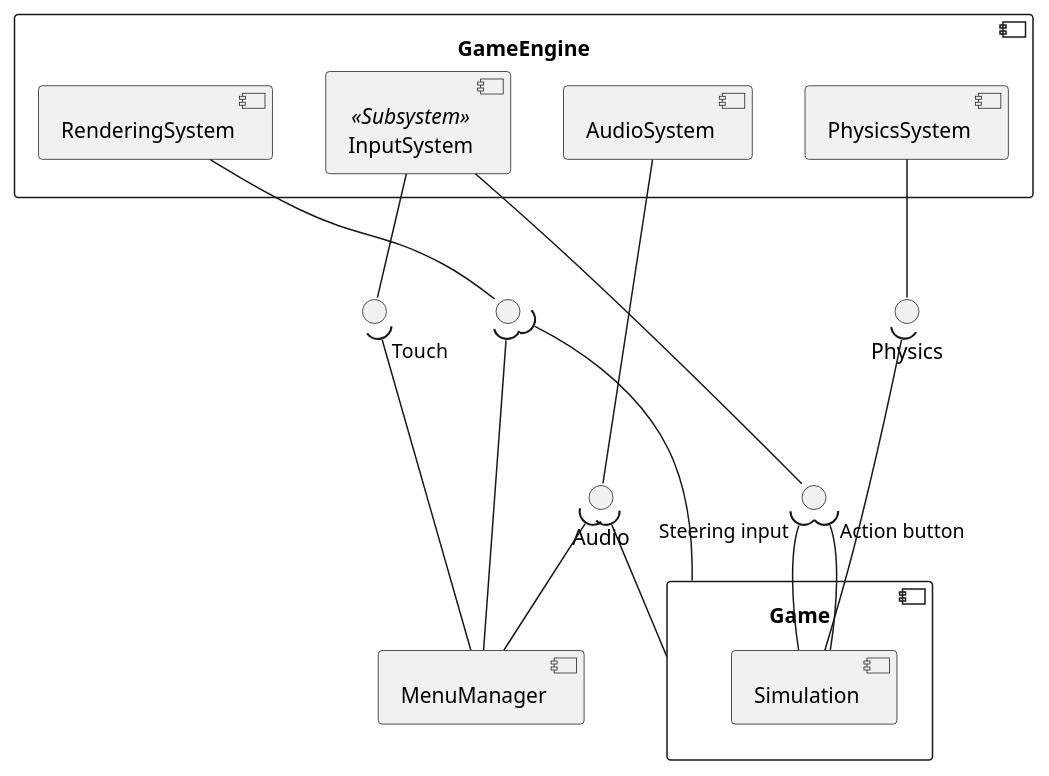
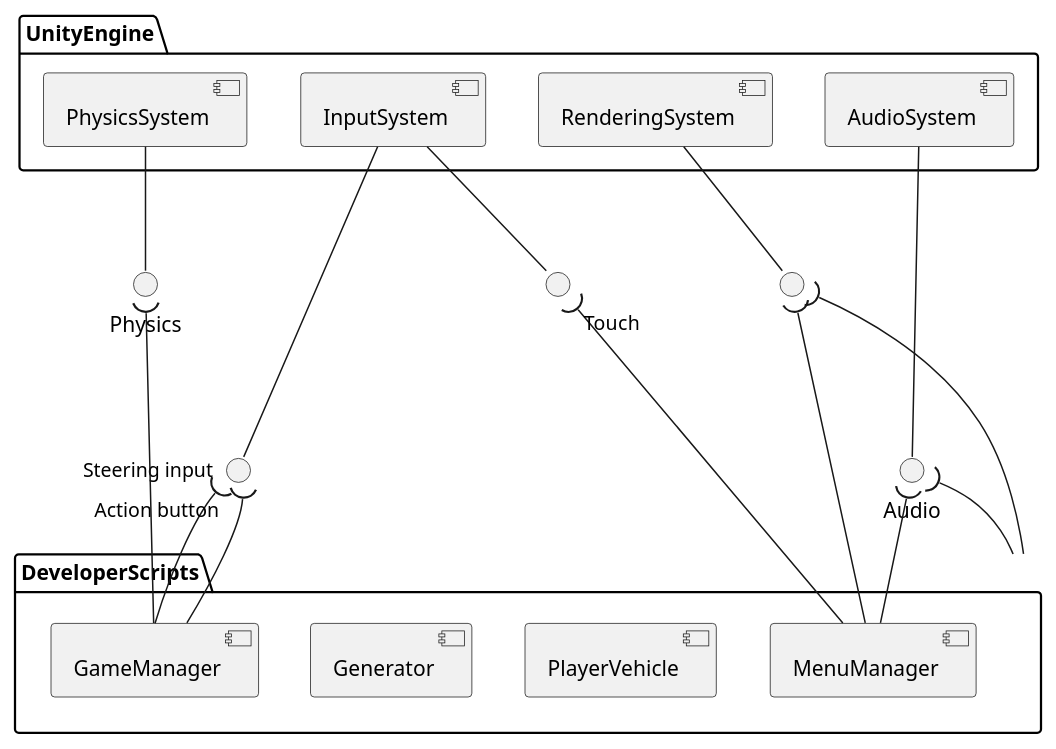
One commit to CKTA00/Robbery_Rush_UML changed the diagram in UML/component diagram.puml. Above: the diagram before and after it, drawn with PlantUML.

Commit message:
Changed subsystems to packages, added generator

```diff
--- a/UML/component diagram.puml
+++ b/UML/component diagram.puml
@@ -1,63 +1,66 @@
 @startuml
 
 
-component Game{
-    component Simulation{
+package DeveloperScripts{
+    component GameManager{
+    }
+
+    component PlayerVehicle{
+    }
+
+    component Generator{
+    }
+
+    component MenuManager {
+
     }
 }
 
 
-component MenuManager {
-
-}
 
 
-component GameEngine{
-    component InputSystem <<Subsystem>>{
+
+package UnityEngine{
+    component InputSystem {
 
     }
     component RenderingSystem{
 
     }
 
     component AudioSystem{
-
     }
 
     component PhysicsSystem{
     }
 }
 
 
 () VehicleInput as " "
 () MenuInput as " "
 () Rendering as " "
 () Physics
 () Audio
 
 
 InputSystem -- VehicleInput
 InputSystem -- MenuInput
 
-VehicleInput "Steering input")-- Simulation
-VehicleInput "Action button")-- Simulation
+VehicleInput "Steering input")-- GameManager
+VehicleInput "Action button")-- GameManager
 MenuInput "Touch")-- MenuManager
 
 RenderingSystem -- Rendering
 
-Rendering )--- Game
+Rendering )--- DeveloperScripts
 Rendering )--- MenuManager
 
 AudioSystem -- Audio
 
-Audio )-- Game
+Audio )-- DeveloperScripts
 Audio )-- MenuManager
 
 PhysicsSystem -- Physics
-Physics )-- Simulation
-
-
-'Czy można uwzględniać tutaj klasy/pakiety czy ma być to tylko abstrakcyjne działanie
-
+Physics )-- GameManager
 
 @enduml
```
